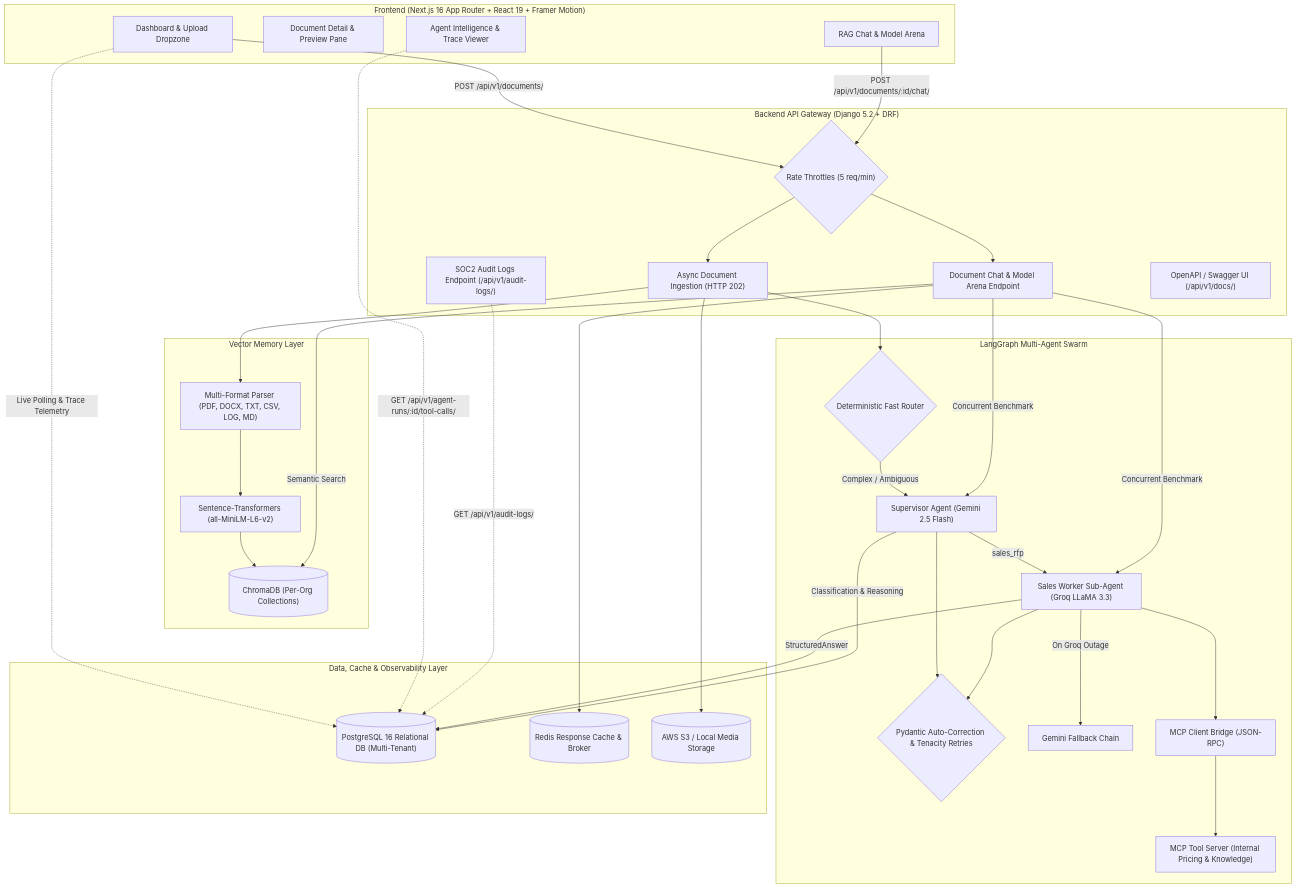
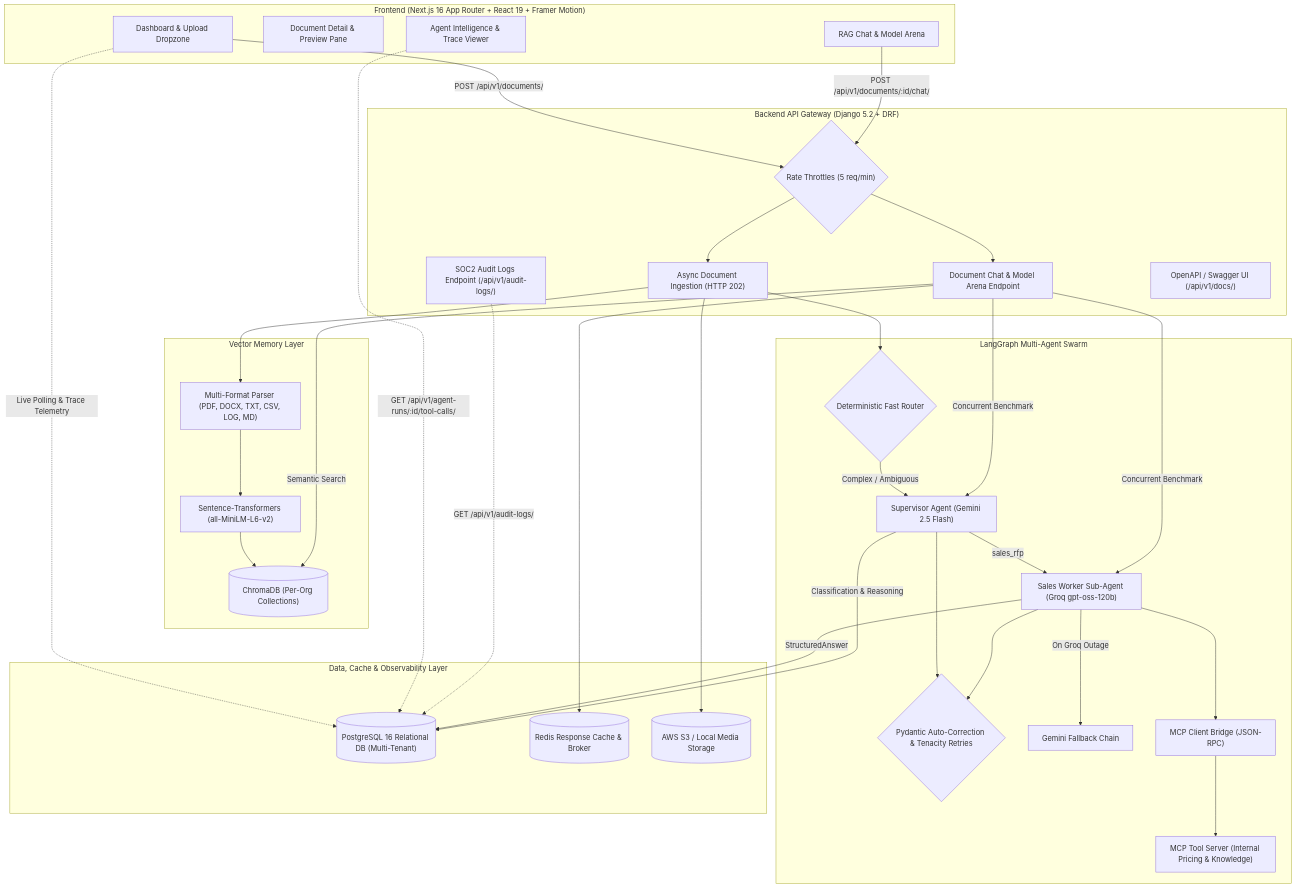
The diagram in README.md (FaizanCyber007/OpsNexus), drawn with Mermaid before and after one commit. The commit also changed other lines of this file and 29 other files, not shown here.

````diff
--- a/README.md
+++ b/README.md
@@ -56,62 +56,62 @@
 ```mermaid
 flowchart TD
     subgraph Frontend["Frontend (Next.js 16 App Router + React 19 + Framer Motion)"]
         UI["Dashboard & Upload Dropzone"]
         Workbench["Document Detail & Preview Pane"]
         TraceUI["Agent Intelligence & Trace Viewer"]
         ArenaUI["RAG Chat & Model Arena"]
     end
 
     subgraph API["Backend API Gateway (Django 5.2 + DRF)"]
         Ingest["Async Document Ingestion (HTTP 202)"]
         ChatAPI["Document Chat & Model Arena Endpoint"]
         AuditAPI["SOC2 Audit Logs Endpoint (/api/v1/audit-logs/)"]
         Swagger["OpenAPI / Swagger UI (/api/v1/docs/)"]
         Throttle{"Rate Throttles (5 req/min)"}
     end
 
     subgraph Memory["Vector Memory Layer"]
         Extractor["Multi-Format Parser (PDF, DOCX, TXT, CSV, LOG, MD)"]
         Embedder["Sentence-Transformers (all-MiniLM-L6-v2)"]
         Chroma[("ChromaDB (Per-Org Collections)")]
     end
 
     subgraph Agents["LangGraph Multi-Agent Swarm"]
         FastRouter{"Deterministic Fast Router"}
         Supervisor["Supervisor Agent (Gemini 2.5 Flash)"]
         Guardrails{"Pydantic Auto-Correction & Tenacity Retries"}
-        SalesWorker["Sales Worker Sub-Agent (Groq LLaMA 3.3)"]
+        SalesWorker["Sales Worker Sub-Agent (Groq gpt-oss-120b)"]
         Fallback["Gemini Fallback Chain"]
         MCPClient["MCP Client Bridge (JSON-RPC)"]
         MCPHost["MCP Tool Server (Internal Pricing & Knowledge)"]
     end
 
     subgraph Storage["Data, Cache & Observability Layer"]
         PG[("PostgreSQL 16 Relational DB (Multi-Tenant)")]
         Redis[("Redis Response Cache & Broker")]
         S3[("AWS S3 / Local Media Storage")]
     end
 
     UI -->|POST /api/v1/documents/| Throttle --> Ingest
     Ingest --> Extractor --> Embedder --> Chroma
     Ingest --> S3
     Ingest --> FastRouter
     FastRouter -->|Complex / Ambiguous| Supervisor
     Supervisor --> Guardrails
     Supervisor -->|sales_rfp| SalesWorker
     SalesWorker --> Guardrails
     SalesWorker -->|On Groq Outage| Fallback
     SalesWorker --> MCPClient --> MCPHost
     SalesWorker -->|StructuredAnswer| PG
     Supervisor -->|Classification & Reasoning| PG
     
     ArenaUI -->|POST /api/v1/documents/:id/chat/| Throttle --> ChatAPI
     ChatAPI --> Redis
     ChatAPI -->|Semantic Search| Chroma
     ChatAPI -->|Concurrent Benchmark| SalesWorker
     ChatAPI -->|Concurrent Benchmark| Supervisor
 
     UI -.->|Live Polling & Trace Telemetry| PG
     TraceUI -.->|GET /api/v1/agent-runs/:id/tool-calls/| PG
     AuditAPI -.->|GET /api/v1/audit-logs/| PG
 ```
````
